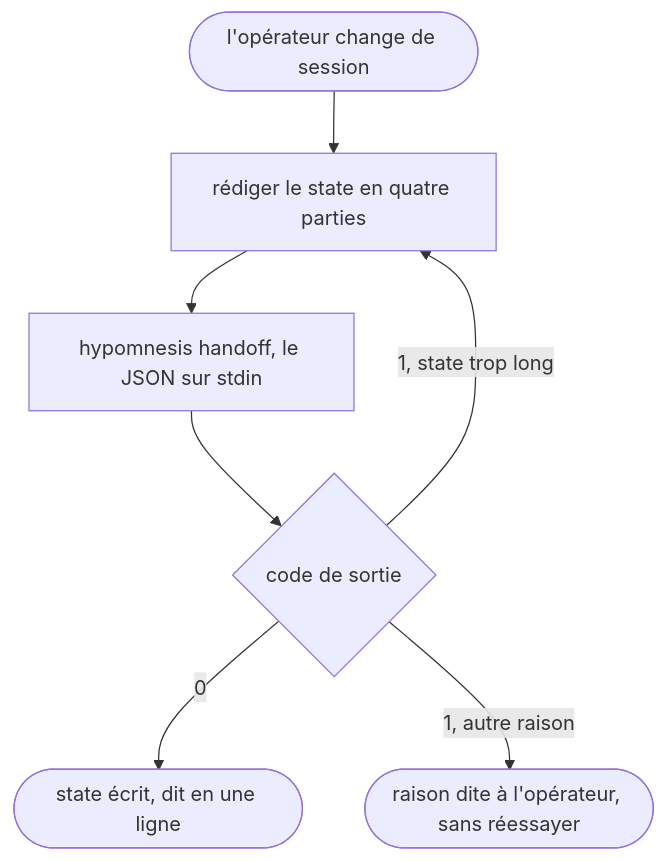
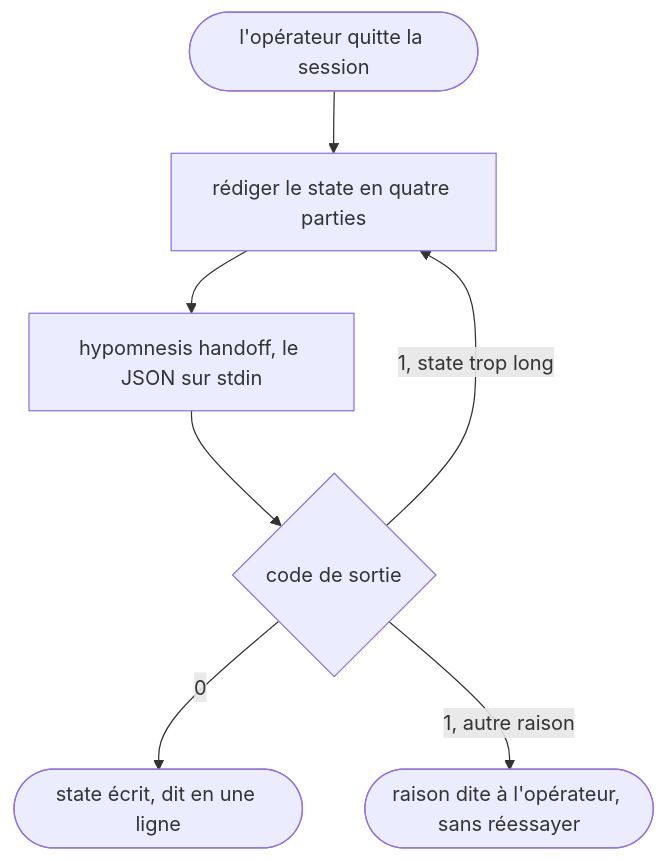
Before and after one commit to kevpdev/agent-config: the diagram in skills/hypomnesis-handoff/SKILL.md, drawn with Mermaid. The commit also changed other lines of this file, not shown here.

````diff
--- a/skills/hypomnesis-handoff/SKILL.md
+++ b/skills/hypomnesis-handoff/SKILL.md
@@ -15,9 +17,9 @@
 ```mermaid
 flowchart TD
-  entree([l'opérateur change de session]) --> redige[rédiger le state en quatre parties]
+  entree([l'opérateur quitte la session]) --> redige[rédiger le state en quatre parties]
   redige --> appel[hypomnesis handoff, le JSON sur stdin]
   appel --> code{code de sortie}
   code -->|0| ok([state écrit, dit en une ligne])
   code -->|1, state trop long| redige
   code -->|1, autre raison| arret([raison dite à l'opérateur, sans réessayer])
 ```
````
